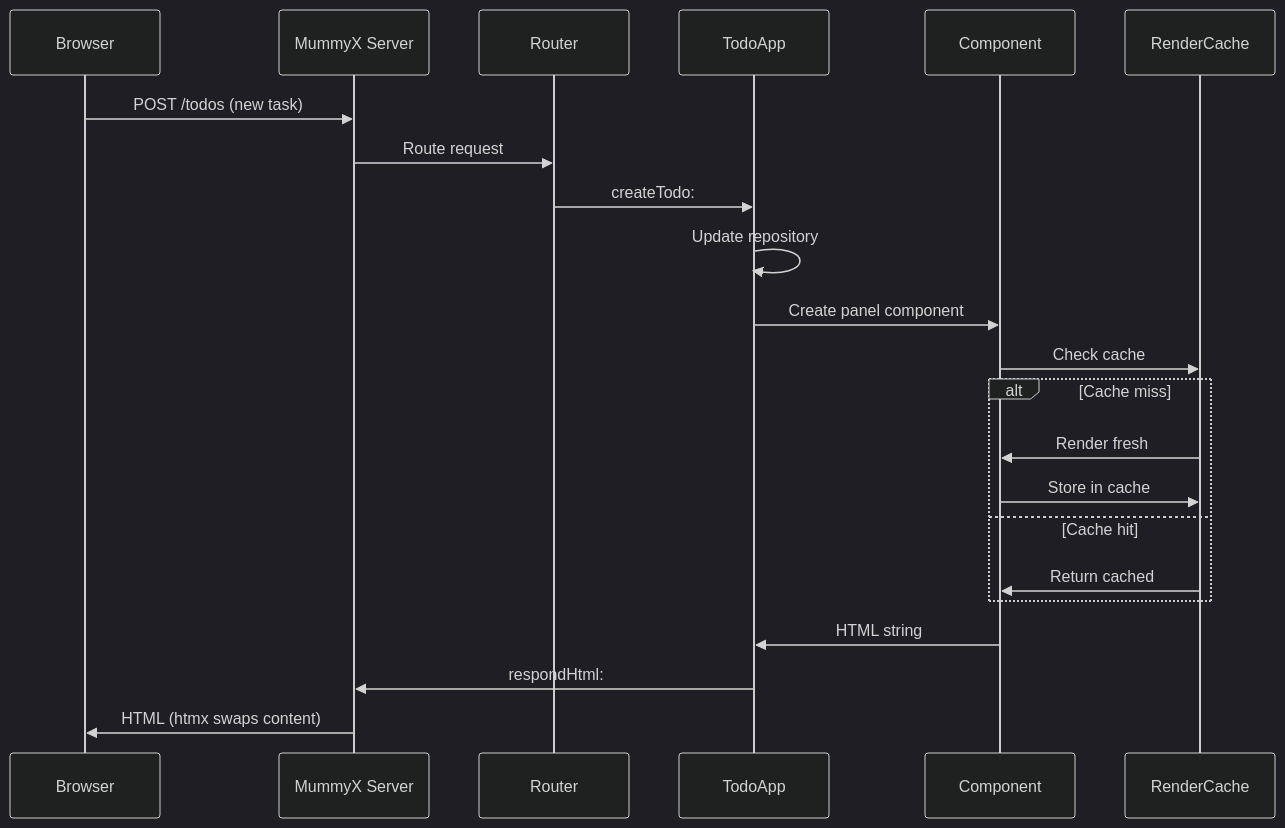
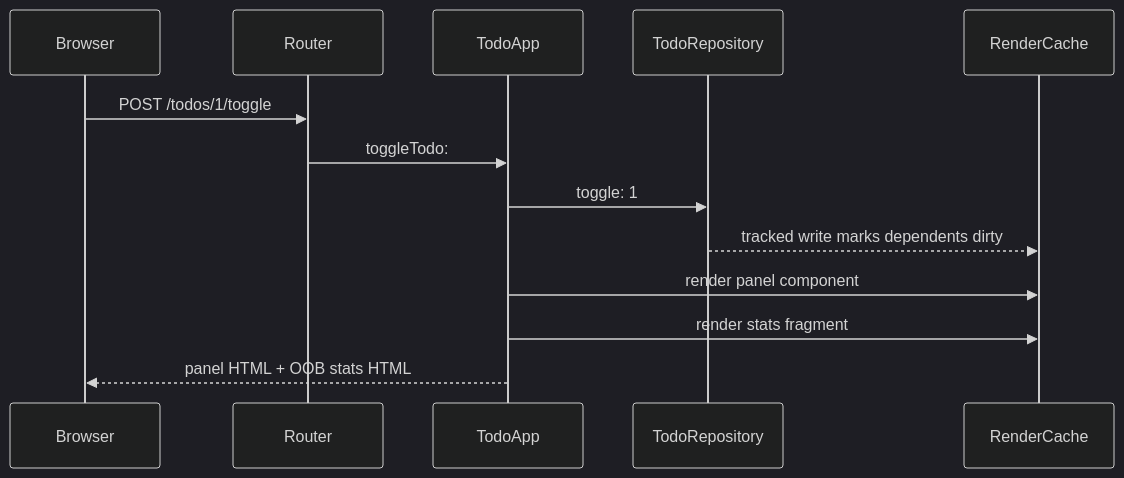
Before and after one commit to gokr/harding: the first of 3 diagrams in lib/web/todo/README.md, drawn with Mermaid (dark theme). The commit also changed other lines of this file and 6 other files, not shown here.

Commit message:
Clean todo app

````diff
--- a/lib/web/todo/README.md
+++ b/lib/web/todo/README.md
@@ -40,25 +31,16 @@
 ```mermaid
 sequenceDiagram
-    participant B as Browser
-    participant S as MummyX Server
-    participant R as Router
-    participant A as TodoApp
-    participant C as Component
-    participant RC as RenderCache
-    
-    B->>S: POST /todos (new task)
-    S->>R: Route request
-    R->>A: createTodo:
-    A->>A: Update repository
-    A->>C: Create panel component
-    C->>RC: Check cache
-    alt Cache miss
-        RC->>C: Render fresh
-        C->>RC: Store in cache
-    else Cache hit
-        RC->>C: Return cached
-    end
-    C->>A: HTML string
-    A->>S: respondHtml:
-    S->>B: HTML (htmx swaps content)
+    participant Browser
+    participant Router
+    participant TodoApp
+    participant Repo as TodoRepository
+    participant Cache as RenderCache
+
+    Browser->>Router: POST /todos/1/toggle
+    Router->>TodoApp: toggleTodo:
+    TodoApp->>Repo: toggle: 1
+    Repo-->>Cache: tracked write marks dependents dirty
+    TodoApp->>Cache: render panel component
+    TodoApp->>Cache: render stats fragment
+    TodoApp-->>Browser: panel HTML + OOB stats HTML
 ```
````
